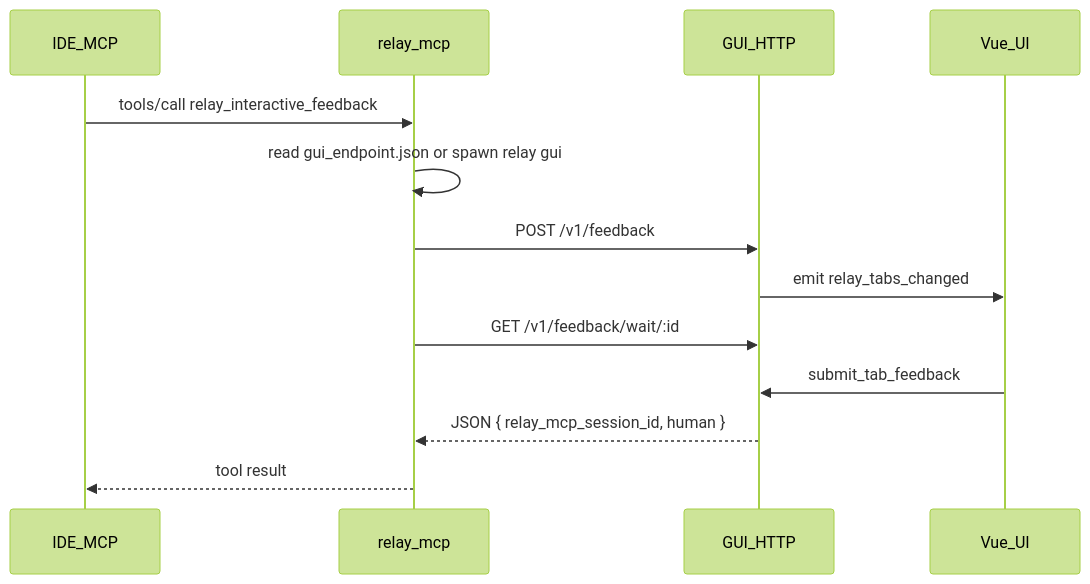
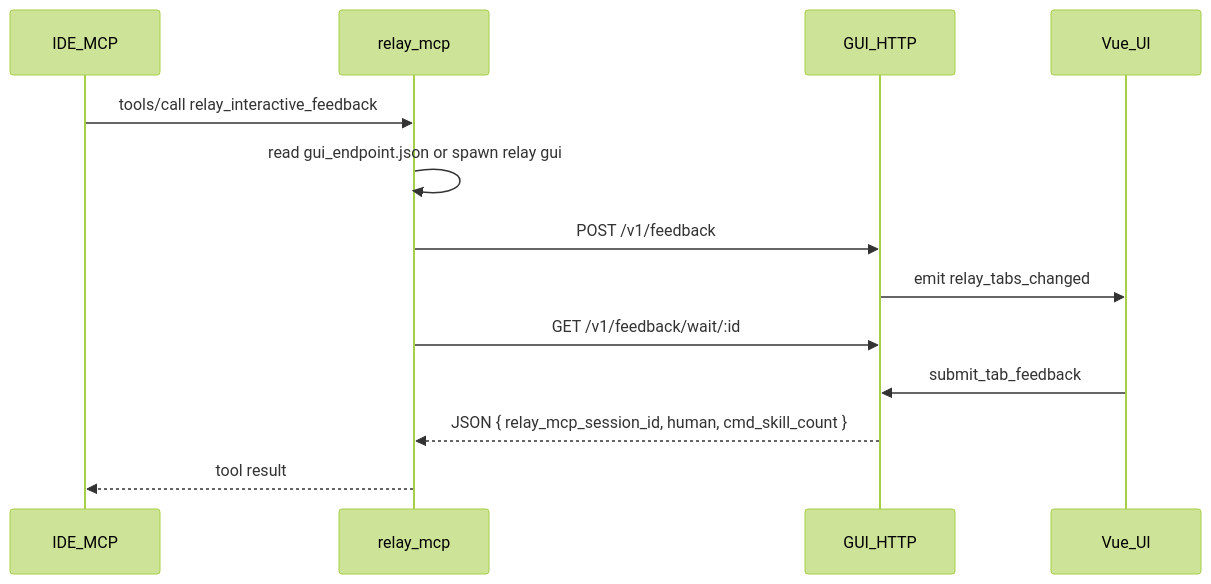
Before and after one commit to andeya/ide-relay-mcp: the diagram in docs/HTTP_IPC.md, drawn with Mermaid (forest theme). The commit also changed other lines of this file and 9 other files, not shown here.

Commit message:
feat(mcp): add cmd_skill_count to feedback JSON; sync rules and docs

````diff
--- a/docs/HTTP_IPC.md
+++ b/docs/HTTP_IPC.md
@@ -5,16 +5,16 @@
 ```mermaid
 sequenceDiagram
     participant IDE as IDE_MCP
     participant Mcp as relay_mcp
     participant Http as GUI_HTTP
     participant UI as Vue_UI
 
     IDE->>Mcp: tools/call relay_interactive_feedback
     Mcp->>Mcp: read gui_endpoint.json or spawn relay gui
     Mcp->>Http: POST /v1/feedback
     Http->>UI: emit relay_tabs_changed
     Mcp->>Http: GET /v1/feedback/wait/:id
     UI->>Http: submit_tab_feedback
-    Http-->>Mcp: JSON { relay_mcp_session_id, human }
+    Http-->>Mcp: JSON { relay_mcp_session_id, human, cmd_skill_count }
     Mcp-->>IDE: tool result
 ```
````
